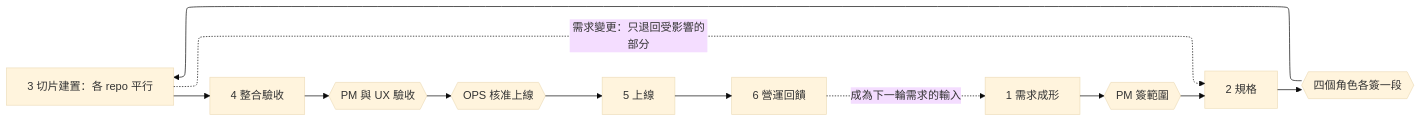
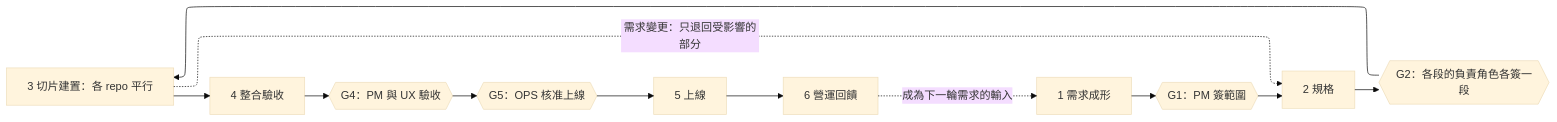
One commit to millerlai/claude-all-in-one changed the second of 2 diagrams in docs/design/enterprise-sdlc.md. Above: the diagram before and after it, drawn with Mermaid (base theme). The commit also changed other lines of this file, not shown here.

````diff
--- a/docs/design/enterprise-sdlc.md
+++ b/docs/design/enterprise-sdlc.md
@@ -308,19 +378,19 @@
 ```mermaid
 ---
 config:
   flowchart:
     defaultRenderer: "elk"
 ---
 flowchart LR
-    F1["1 需求成形"] --> G1{{"PM 簽範圍"}}
+    F1["1 需求成形"] --> G1{{"G1：PM 簽範圍"}}
     G1 --> F2["2 規格"]
-    F2 --> G2{{"四個角色各簽一段"}}
+    F2 --> G2{{"G2：各段的負責角色各簽一段"}}
     G2 --> F3["3 切片建置：各 repo 平行"]
     F3 --> F4["4 整合驗收"]
-    F4 --> G4{{"PM 與 UX 驗收"}}
-    G4 --> G5{{"OPS 核准上線"}}
+    F4 --> G4{{"G4：PM 與 UX 驗收"}}
+    G4 --> G5{{"G5：OPS 核准上線"}}
     G5 --> F5["5 上線"]
     F5 --> F6["6 營運回饋"]
     F6 -.->|"成為下一輪需求的輸入"| F1
     F3 -.->|"需求變更：只退回受影響的部分"| F2
 ```
````
